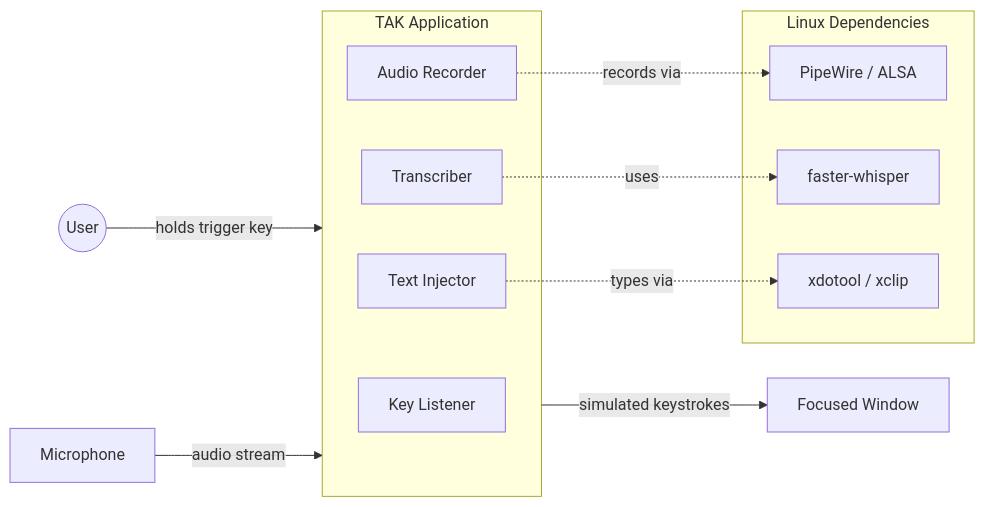
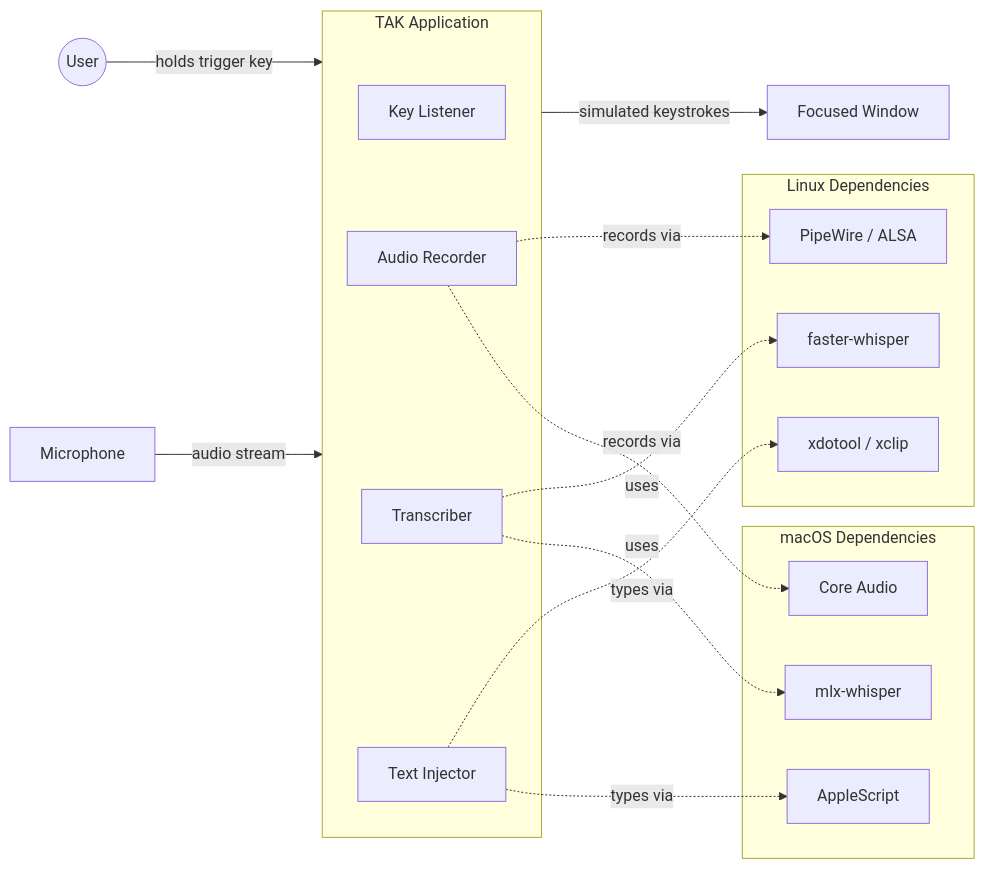
One commit to lchonkan/tak changed the first of 9 diagrams in docs/architecture.md. Above: the diagram before and after it, drawn with Mermaid. The commit also changed other lines of this file and 9 other files, not shown here.

````diff
--- a/docs/architecture.md
+++ b/docs/architecture.md
@@ -31,24 +35,34 @@
 ```mermaid
 graph LR
     User((User)) -->|holds trigger key| TAK
     Mic[Microphone] -->|audio stream| TAK
 
     subgraph TAK["TAK Application"]
         KL[Key Listener]
         AR[Audio Recorder]
         TR[Transcriber]
         TI[Text Injector]
     end
 
     TAK -->|simulated keystrokes| FW[Focused Window]
 
     subgraph "Linux Dependencies"
         PW[PipeWire / ALSA]
         FW_MODEL[faster-whisper]
         XDO[xdotool / xclip]
     end
 
+    subgraph "macOS Dependencies"
+        CA[Core Audio]
+        MLX_MODEL[mlx-whisper]
+        AS[AppleScript]
+    end
+
     AR -.->|records via| PW
     TR -.->|uses| FW_MODEL
     TI -.->|types via| XDO
+
+    AR -.->|records via| CA
+    TR -.->|uses| MLX_MODEL
+    TI -.->|types via| AS
 ```
````
